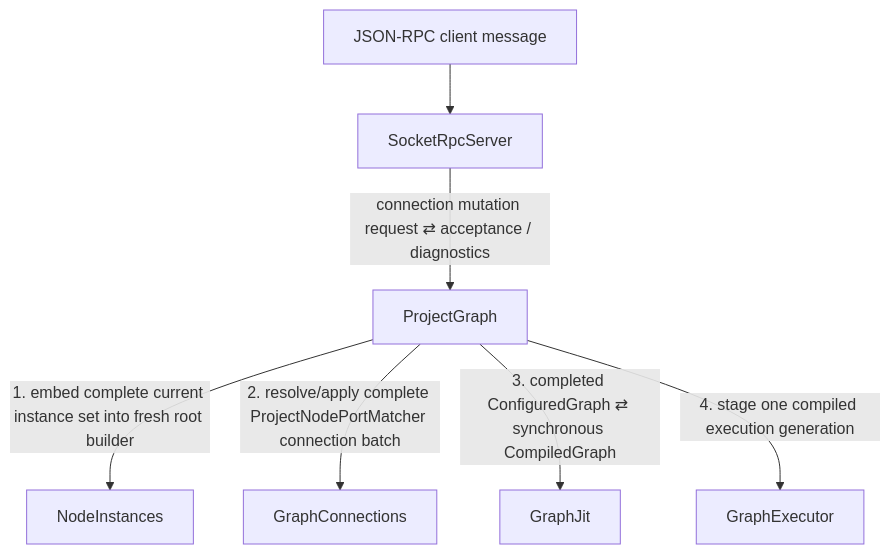
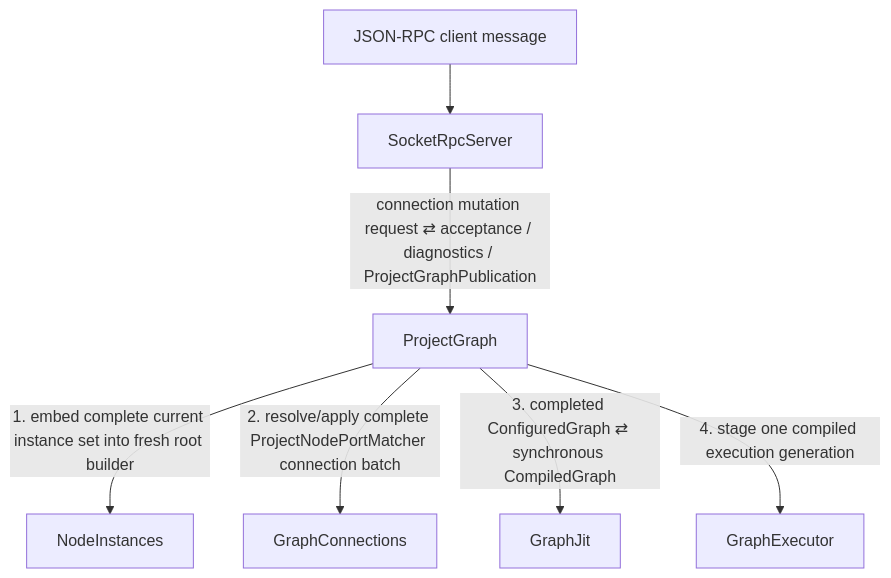
The diagram in docs/event_flows/user_connection_mutation.md (ljleb/intravenous), drawn with Mermaid before and after one commit. The commit also changed other lines of this file and 72 other files, not shown here.

Commit message:
refact app module graph for tree event propagation

````diff
--- a/docs/event_flows/user_connection_mutation.md
+++ b/docs/event_flows/user_connection_mutation.md
@@ -15,17 +15,17 @@
 ```mermaid
 flowchart TD
     SRC["JSON-RPC client message"]
     RPC["SocketRpcServer"]
     PG["ProjectGraph"]
     NI["NodeInstances"]
     GC["GraphConnections"]
     GJ["GraphJit"]
     GE["GraphExecutor"]
 
     SRC --> RPC
-    RPC -->|"connection mutation request ⇄ acceptance / diagnostics"| PG
+    RPC -->|"connection mutation request ⇄ acceptance / diagnostics / ProjectGraphPublication"| PG
     PG -->|"1. embed complete current instance set into fresh root builder"| NI
     PG -->|"2. resolve/apply complete ProjectNodePortMatcher connection batch"| GC
     PG -->|"3. completed ConfiguredGraph ⇄ synchronous CompiledGraph"| GJ
     PG -->|"4. stage one compiled execution generation"| GE
 ```
````
